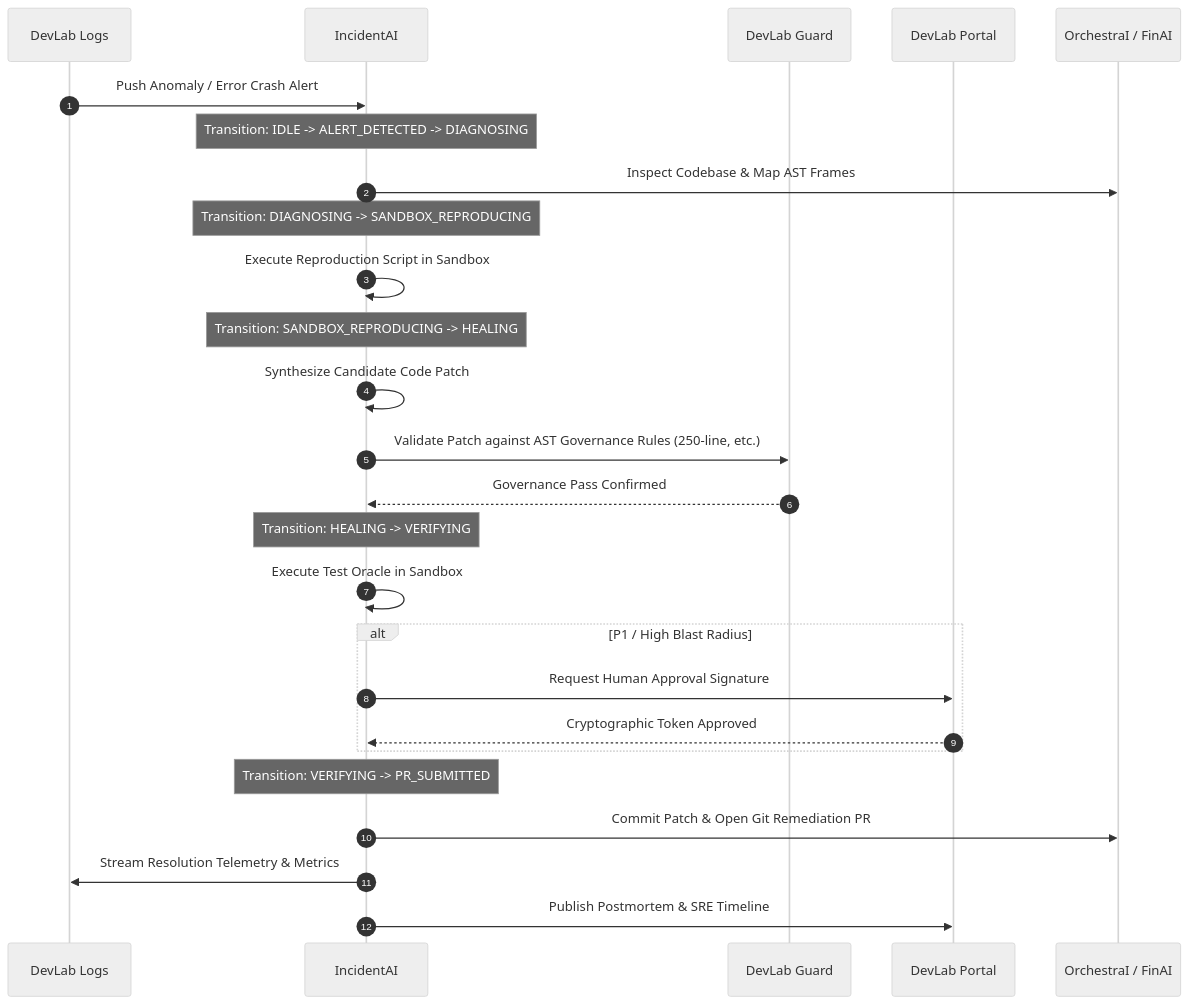
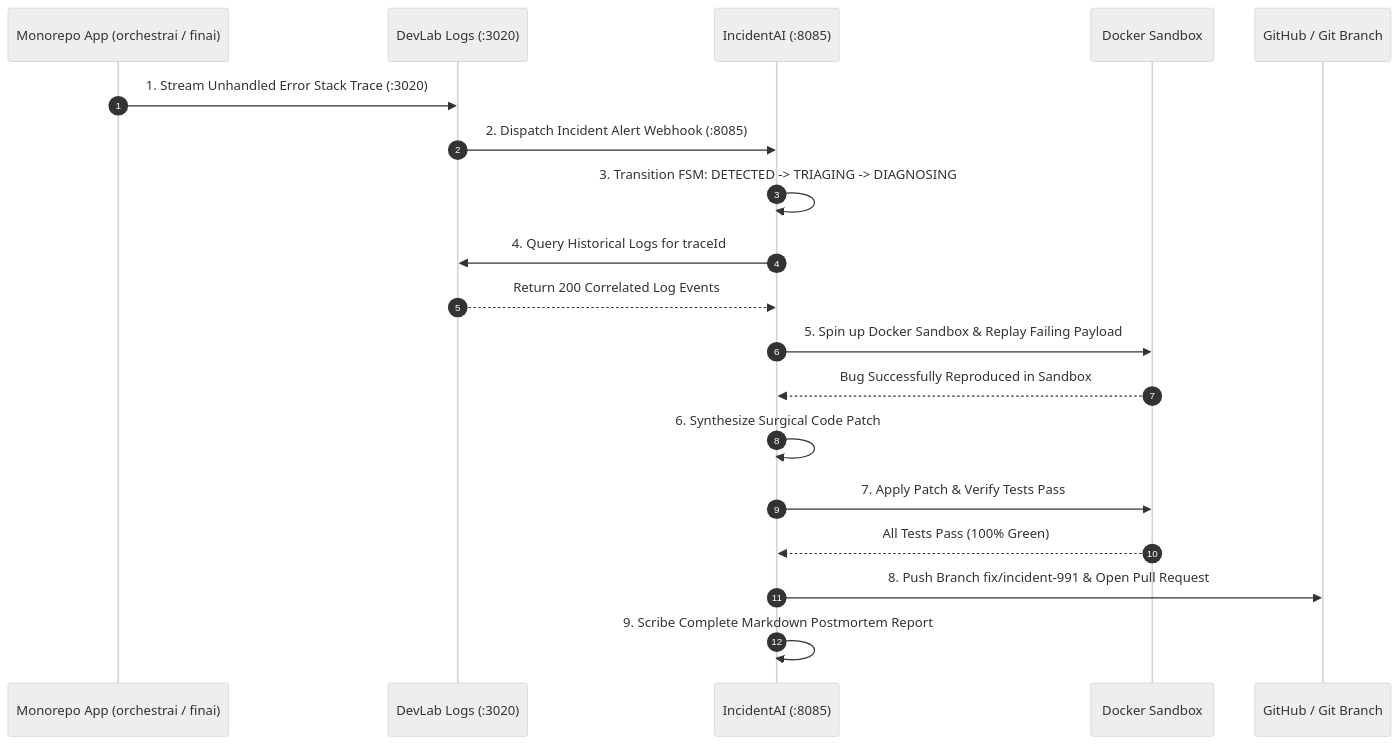
One commit to yuvadevlab/incidentai changed the diagram in PROJECT_INFO.md. Above: the diagram before and after it, drawn with Mermaid (neutral theme). The commit also changed other lines of this file, not shown here.

````diff
--- a/PROJECT_INFO.md
+++ b/PROJECT_INFO.md
@@ -141,29 +107,25 @@
 ```mermaid
 sequenceDiagram
     autonumber
-    participant DL as DevLab Logs
-    participant IA as IncidentAI
-    participant DG as DevLab Guard
-    participant DP as DevLab Portal
-    participant OA as OrchestraI / FinAI
+    participant App as Monorepo App (orchestrai / finai)
+    participant Logs as DevLab Logs (:3020)
+    participant IA as IncidentAI (:8085)
+    participant Sandbox as Docker Sandbox
+    participant Git as GitHub / Git Branch
 
-    DL->>IA: Push Anomaly / Error Crash Alert
-    Note over IA: Transition: IDLE -> ALERT_DETECTED -> DIAGNOSING
-    IA->>OA: Inspect Codebase & Map AST Frames
-    Note over IA: Transition: DIAGNOSING -> SANDBOX_REPRODUCING
-    IA->>IA: Execute Reproduction Script in Sandbox
-    Note over IA: Transition: SANDBOX_REPRODUCING -> HEALING
-    IA->>IA: Synthesize Candidate Code Patch
-    IA->>DG: Validate Patch against AST Governance Rules (250-line, etc.)
-    DG-->>IA: Governance Pass Confirmed
-    Note over IA: Transition: HEALING -> VERIFYING
-    IA->>IA: Execute Test Oracle in Sandbox
-    alt P1 / High Blast Radius
-        IA->>DP: Request Human Approval Signature
-        DP-->>IA: Cryptographic Token Approved
-    end
-    Note over IA: Transition: VERIFYING -> PR_SUBMITTED
-    IA->>OA: Commit Patch & Open Git Remediation PR
-    IA->>DL: Stream Resolution Telemetry & Metrics
-    IA->>DP: Publish Postmortem & SRE Timeline
+    App->>Logs: 1. Stream Unhandled Error Stack Trace (:3020)
+    Logs->>IA: 2. Dispatch Incident Alert Webhook (:8085)
+    IA->>IA: 3. Transition FSM: DETECTED -> TRIAGING -> DIAGNOSING
+    IA->>Logs: 4. Query Historical Logs for traceId
+    Logs-->>IA: Return 200 Correlated Log Events
+
+    IA->>Sandbox: 5. Spin up Docker Sandbox & Replay Failing Payload
+    Sandbox-->>IA: Bug Successfully Reproduced in Sandbox
+
+    IA->>IA: 6. Synthesize Surgical Code Patch
+    IA->>Sandbox: 7. Apply Patch & Verify Tests Pass
+    Sandbox-->>IA: All Tests Pass (100% Green)
+
+    IA->>Git: 8. Push Branch fix/incident-991 & Open Pull Request
+    IA->>IA: 9. Scribe Complete Markdown Postmortem Report
 ```
````
